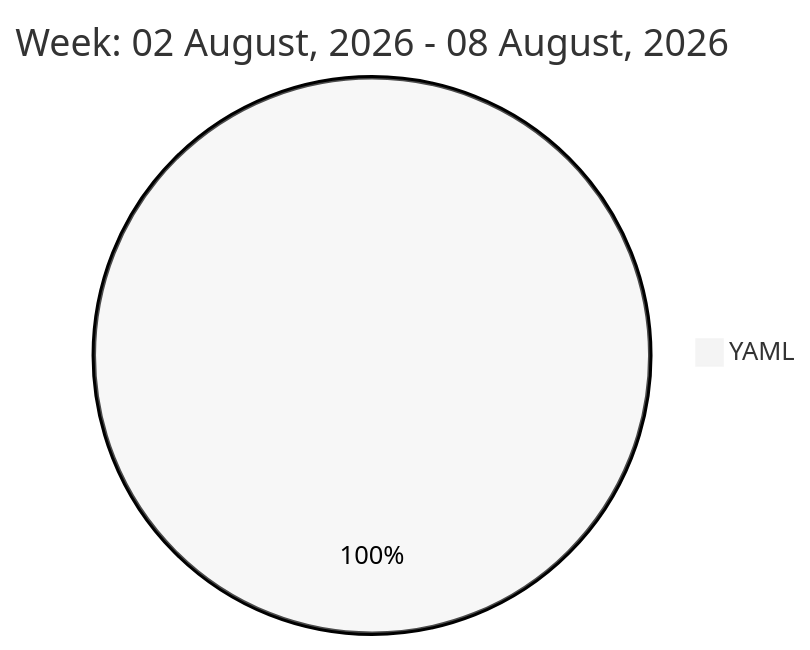
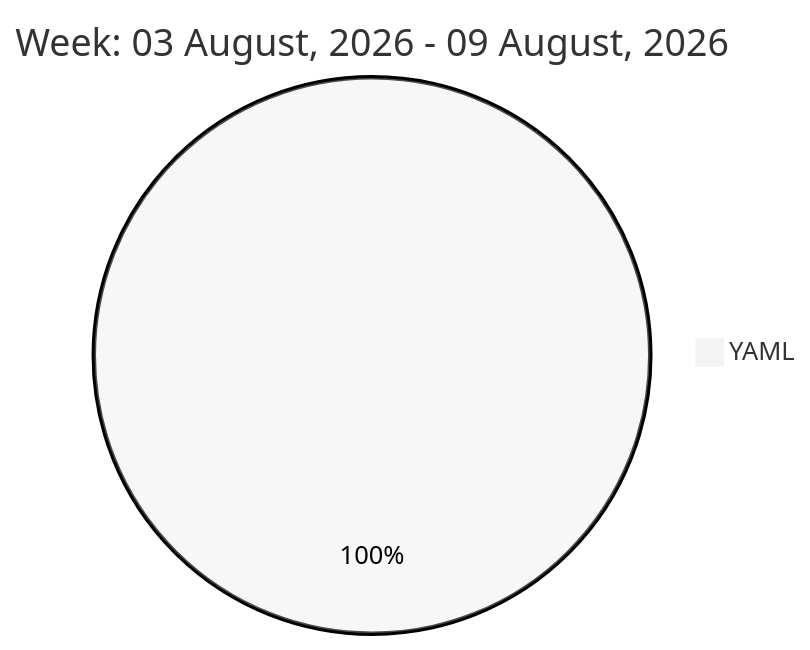
Before and after one commit to liubin95/liubin95: the diagram in README.md, drawn with Mermaid (neutral theme).

Commit message:
Updated the Graph with new Metrics

````diff
--- a/README.md
+++ b/README.md
@@ -32,5 +32,5 @@
 ```mermaid
  pie
-title Week: 02 August, 2026 - 08 August, 2026
+title Week: 03 August, 2026 - 09 August, 2026
  "YAML" : 5.48
 ```
````
